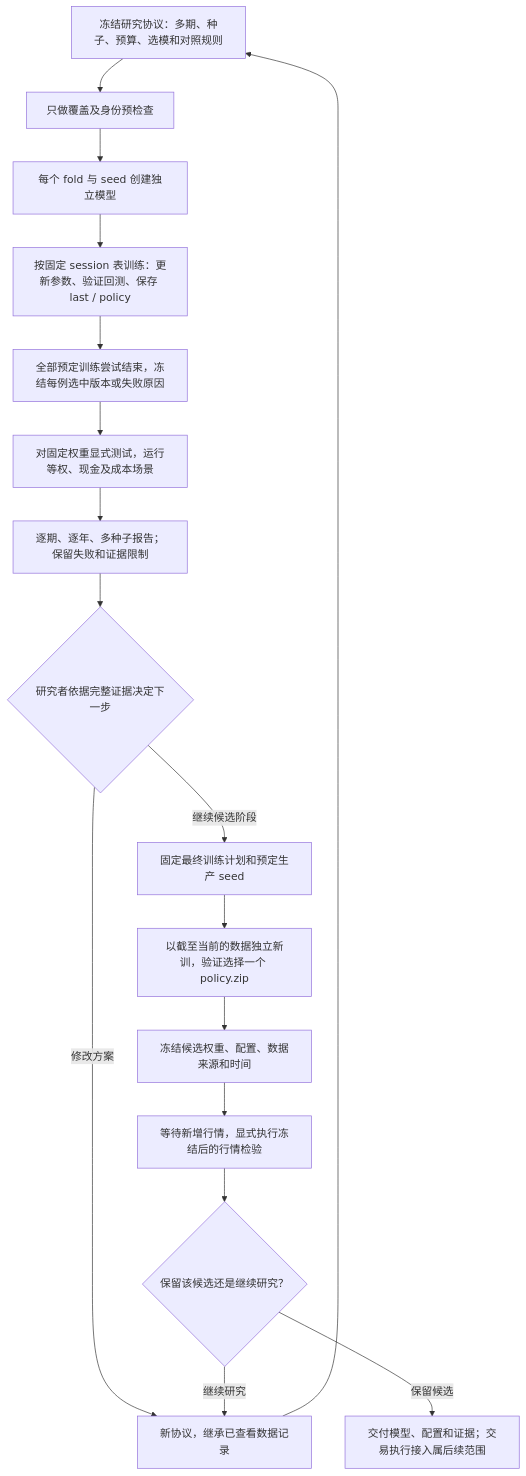
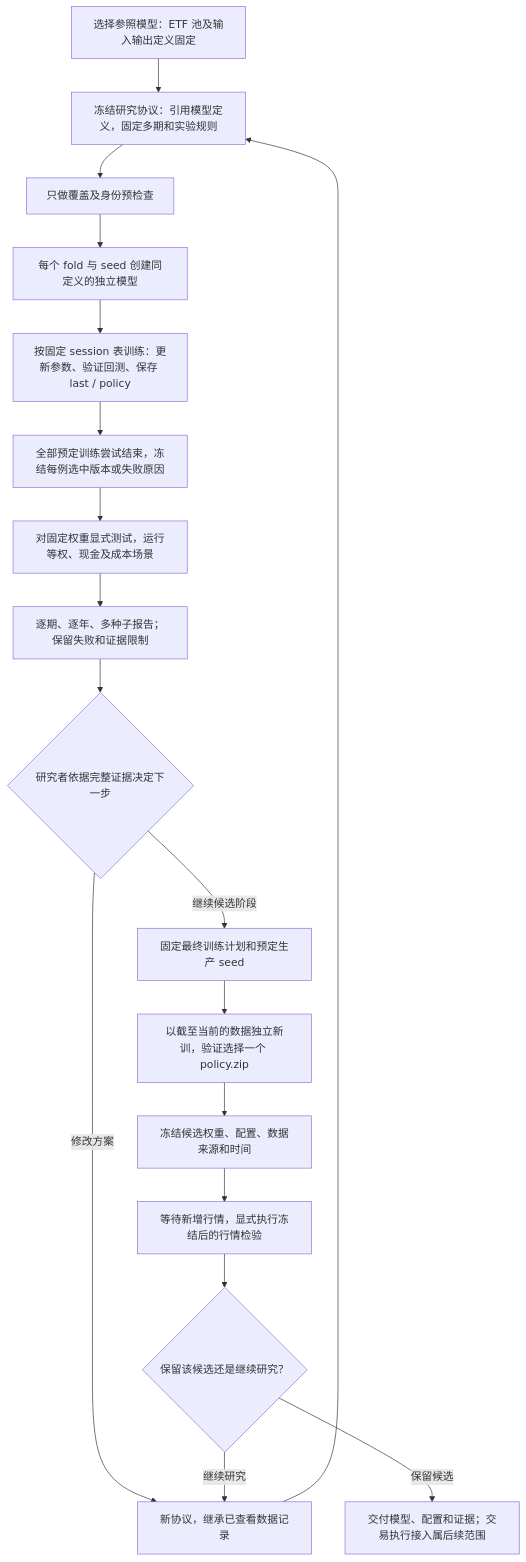
The second of 2 diagrams in docs/superpowers/specs/2026-10-06-rl-evaluation-lifecycle-design.md (georgepeng90/quanto), drawn with Mermaid before and after one commit. The commit also changed other lines of this file, not shown here.

````diff
--- a/docs/superpowers/specs/2026-10-06-rl-evaluation-lifecycle-design.md
+++ b/docs/superpowers/specs/2026-10-06-rl-evaluation-lifecycle-design.md
@@ -273,19 +352,20 @@
 ```mermaid
 flowchart TD
-    N1[冻结研究协议：多期、种子、预算、选模和对照规则] --> N2[只做覆盖及身份预检查]
-    N2 --> N3[每个 fold 与 seed 创建独立模型]
+    N0[选择参照模型：ETF 池及输入输出定义固定] --> N1[冻结研究协议：引用模型定义，固定多期和实验规则]
+    N1 --> N2[只做覆盖及身份预检查]
+    N2 --> N3[每个 fold 与 seed 创建同定义的独立模型]
     N3 --> N4[按固定 session 表训练：更新参数、验证回测、保存 last / policy]
     N4 --> N5[全部预定训练尝试结束，冻结每例选中版本或失败原因]
     N5 --> N6[对固定权重显式测试，运行等权、现金及成本场景]
     N6 --> N7[逐期、逐年、多种子报告；保留失败和证据限制]
     N7 --> N8{研究者依据完整证据决定下一步}
     N8 -->|修改方案| N9[新协议，继承已查看数据记录]
     N9 --> N1
     N8 -->|继续候选阶段| N10[固定最终训练计划和预定生产 seed]
     N10 --> N11[以截至当前的数据独立新训，验证选择一个 policy.zip]
     N11 --> N12[冻结候选权重、配置、数据来源和时间]
     N12 --> N13[等待新增行情，显式执行冻结后的行情检验]
     N13 --> N14{保留该候选还是继续研究？}
     N14 -->|继续研究| N9
     N14 -->|保留候选| N15[交付模型、配置和证据；交易执行接入属后续范围]
 ```
````
